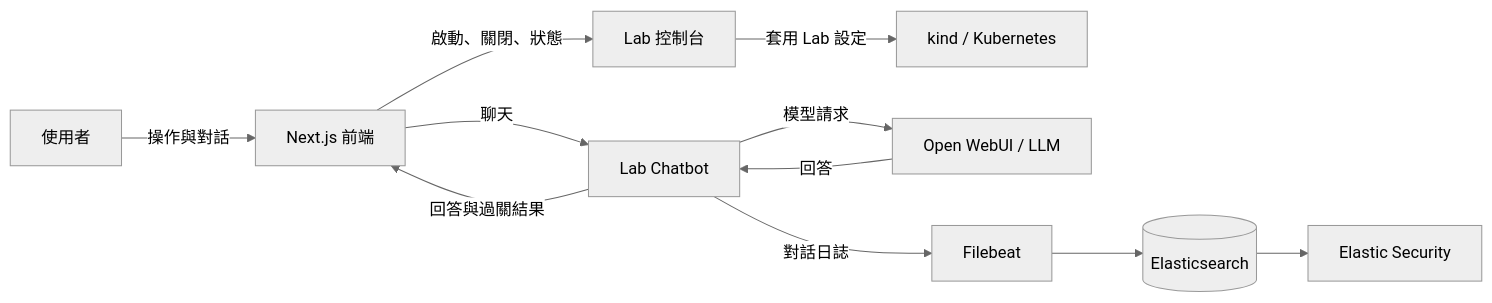
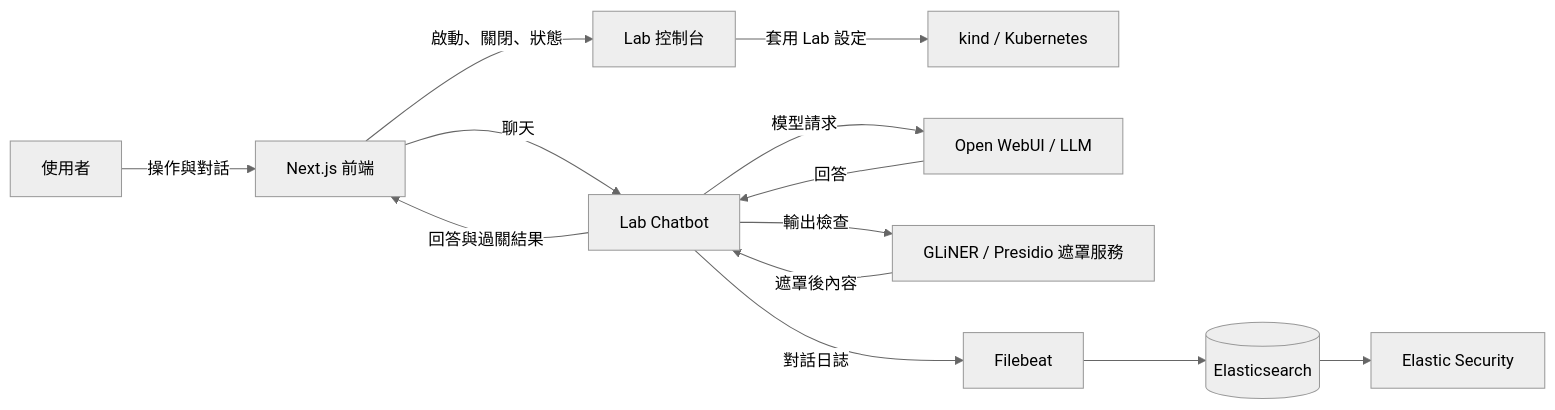
Before and after one commit to nora6633/ai-security-prlab: the diagram in README.md, drawn with Mermaid (neutral theme). The commit also changed other lines of this file and 10 other files, not shown here.

Commit message:
Use GLiNER and Presidio for output masking

````diff
--- a/README.md
+++ b/README.md
@@ -7,13 +7,15 @@
 ```mermaid
 flowchart LR
     U[使用者] -->|操作與對話| UI[Next.js 前端]
     UI -->|啟動、關閉、狀態| C[Lab 控制台]
     C -->|套用 Lab 設定| K["kind / Kubernetes"]
     UI -->|聊天| B[Lab Chatbot]
     B -->|模型請求| O[Open WebUI / LLM]
     O -->|回答| B
+    B -->|輸出檢查| M[GLiNER / Presidio 遮罩服務]
+    M -->|遮罩後內容| B
     B -->|回答與過關結果| UI
     B -->|對話日誌| F[Filebeat]
     F --> E[(Elasticsearch)]
     E --> S[Elastic Security]
 ```
````
